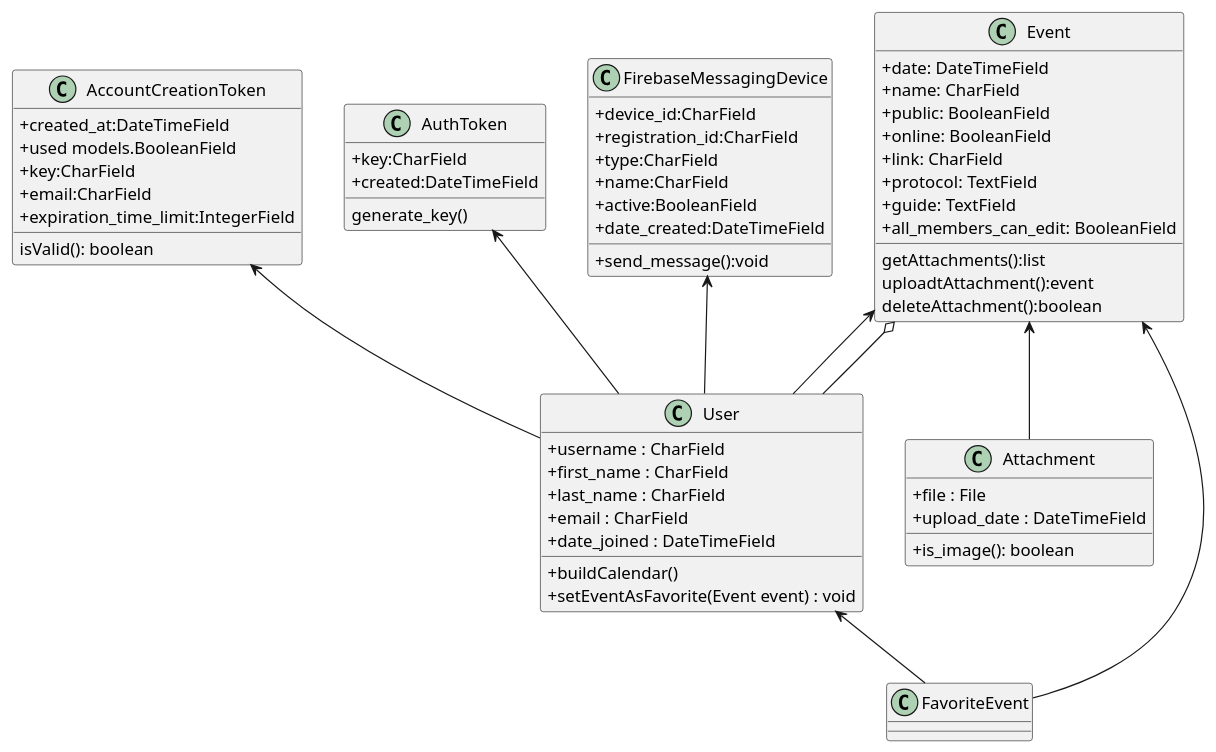
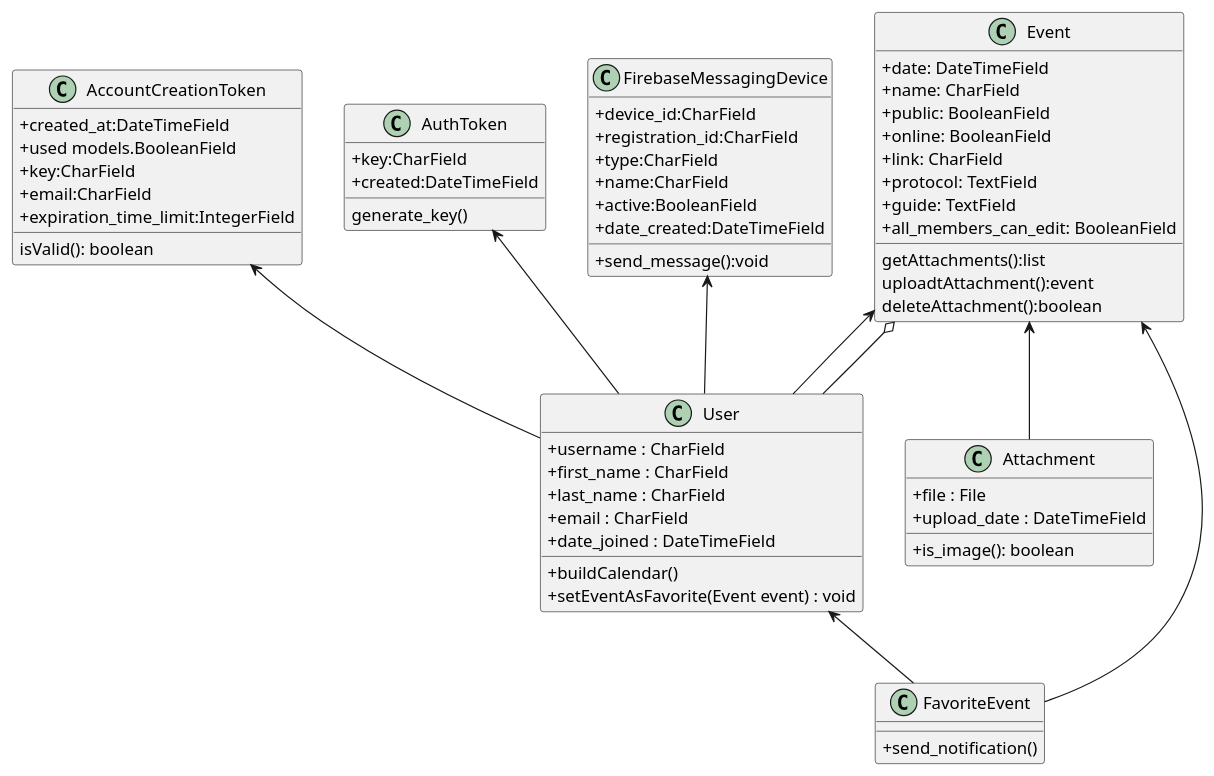
The diagram in clas.puml (DricoGrosch/TCC-UDESC-DJANGO-APP), drawn with PlantUML before and after one commit. The commit also changed 2 other files, not shown here.

Commit message:
diagramas

```diff
--- a/clas.puml
+++ b/clas.puml
@@ -1,65 +1,66 @@
 @startuml
 skinparam classAttributeIconSize 0
 class Event {
     +date: DateTimeField
     +name: CharField
     +public: BooleanField
     +online: BooleanField
     +link: CharField
     +protocol: TextField
     +guide: TextField
     +all_members_can_edit: BooleanField
     getAttachments():list
     uploadtAttachment():event
     deleteAttachment():boolean
 }
 
 class User {
 +username : CharField
 +first_name : CharField
 +last_name : CharField
 +email : CharField
 +date_joined : DateTimeField
 +buildCalendar()
 +setEventAsFavorite(Event event) : void
 
 }
 class Attachment {
     +file : File
     +upload_date : DateTimeField
     +is_image(): boolean
 }
 class FavoriteEvent {
++send_notification()
 }
 class AccountCreationToken{
 +created_at:DateTimeField
 +used models.BooleanField
 +key:CharField
 +email:CharField
 +expiration_time_limit:IntegerField
 isValid(): boolean
 }
 class AuthToken{
 +key:CharField
 +created:DateTimeField
 generate_key()
 }
 class FirebaseMessagingDevice{
 +device_id:CharField
 +registration_id:CharField
 +type:CharField
 +name:CharField
 +active:BooleanField
 +date_created:DateTimeField
 +send_message():void
 }
 Event <-- FavoriteEvent
 User <-- FavoriteEvent
 Event <-- Attachment
 Event <-- User
 FirebaseMessagingDevice <-- User
 AuthToken <-- User
 AccountCreationToken <-- User
 Event o-- User
 
 @enduml
```
